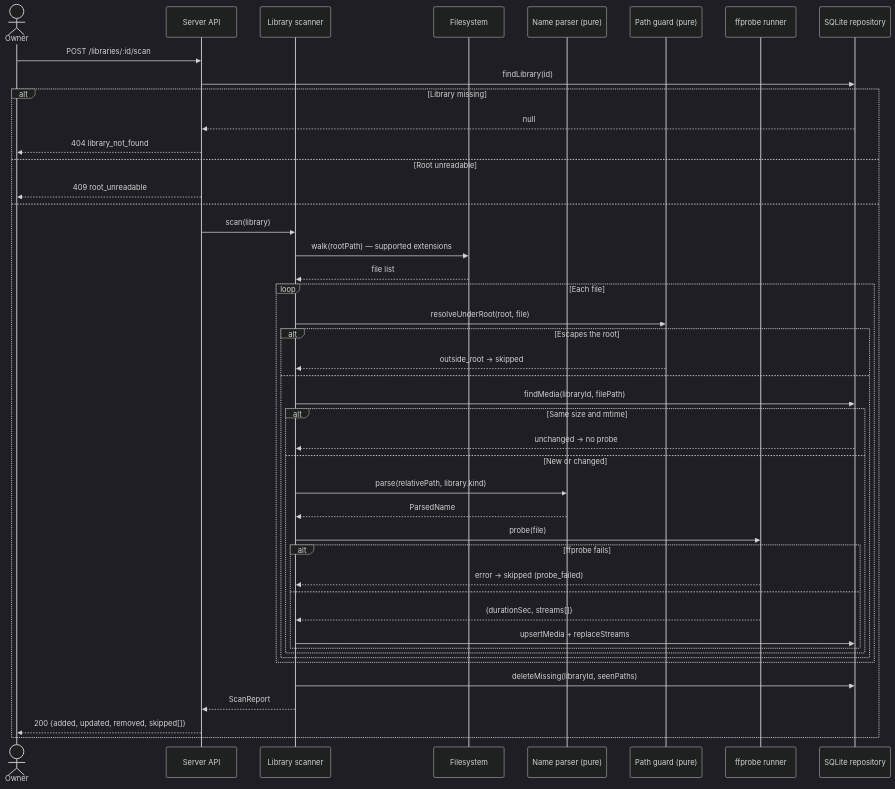
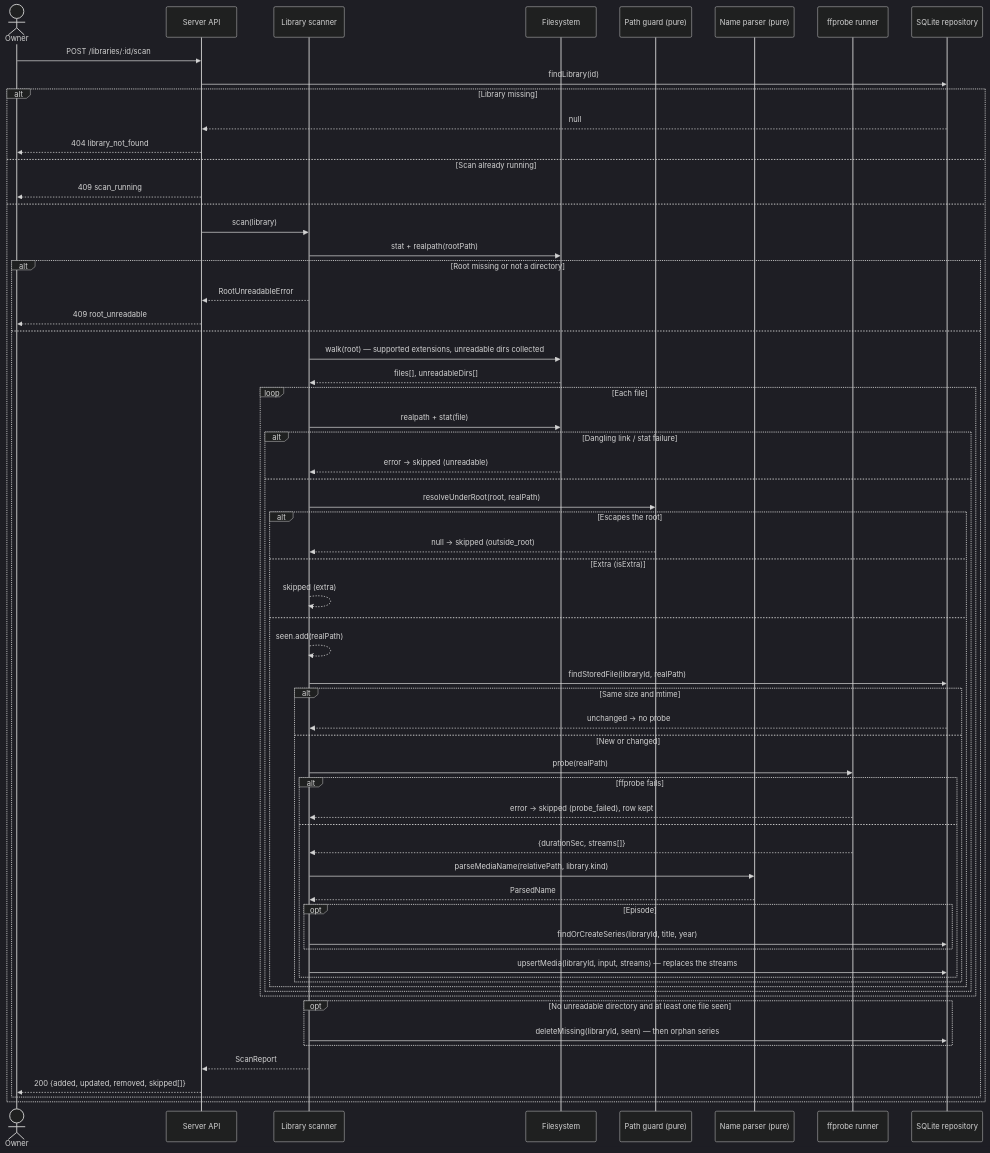
One commit to benoit-bremaud/popcorno changed the diagram in docs/architecture/diagrams/playback/02-sequence-scan-library.md. Above: the diagram before and after it, drawn with Mermaid (dark theme). The commit also changed other lines of this file and 34 other files, not shown here.

First line of the commit message:
fix(library): apply local review findings on the scan brick

````diff
--- a/docs/architecture/diagrams/playback/02-sequence-scan-library.md
+++ b/docs/architecture/diagrams/playback/02-sequence-scan-library.md
@@ -14,48 +15,67 @@
 ```mermaid
 sequenceDiagram
   actor O as Owner
   participant API as Server API
   participant SC as Library scanner
   participant FS as Filesystem
+  participant PG as Path guard (pure)
   participant NP as Name parser (pure)
-  participant PG as Path guard (pure)
   participant FP as ffprobe runner
   participant DB as SQLite repository
 
   O->>API: POST /libraries/:id/scan
   API->>DB: findLibrary(id)
   alt Library missing
     DB-->>API: null
     API-->>O: 404 library_not_found
-  else Root unreadable
-    API-->>O: 409 root_unreadable
+  else Scan already running
+    API-->>O: 409 scan_running
   else
     API->>SC: scan(library)
-    SC->>FS: walk(rootPath) — supported extensions
-    FS-->>SC: file list
-    loop Each file
-      SC->>PG: resolveUnderRoot(root, file)
-      alt Escapes the root
-        PG-->>SC: outside_root → skipped
-      else
-        SC->>DB: findMedia(libraryId, filePath)
-        alt Same size and mtime
-          DB-->>SC: unchanged → no probe
-        else New or changed
-          SC->>NP: parse(relativePath, library.kind)
-          NP-->>SC: ParsedName
-          SC->>FP: probe(file)
-          alt ffprobe fails
-            FP-->>SC: error → skipped (probe_failed)
+    SC->>FS: stat + realpath(rootPath)
+    alt Root missing or not a directory
+      SC-->>API: RootUnreadableError
+      API-->>O: 409 root_unreadable
+    else
+      SC->>FS: walk(root) — supported extensions, unreadable dirs collected
+      FS-->>SC: files[], unreadableDirs[]
+      loop Each file
+        SC->>FS: realpath + stat(file)
+        alt Dangling link / stat failure
+          FS-->>SC: error → skipped (unreadable)
+        else
+          SC->>PG: resolveUnderRoot(root, realPath)
+          alt Escapes the root
+            PG-->>SC: null → skipped (outside_root)
+          else Extra (isExtra)
+            SC-->>SC: skipped (extra)
           else
-            FP-->>SC: {durationSec, streams[]}
-            SC->>DB: upsertMedia + replaceStreams
+            SC-->>SC: seen.add(realPath)
+            SC->>DB: findStoredFile(libraryId, realPath)
+            alt Same size and mtime
+              DB-->>SC: unchanged → no probe
+            else New or changed
+              SC->>FP: probe(realPath)
+              alt ffprobe fails
+                FP-->>SC: error → skipped (probe_failed), row kept
+              else
+                FP-->>SC: {durationSec, streams[]}
+                SC->>NP: parseMediaName(relativePath, library.kind)
+                NP-->>SC: ParsedName
+                opt Episode
+                  SC->>DB: findOrCreateSeries(libraryId, title, year)
+                end
+                SC->>DB: upsertMedia(libraryId, input, streams) — replaces the streams
+              end
+            end
           end
         end
       end
+      opt No unreadable directory and at least one file seen
+        SC->>DB: deleteMissing(libraryId, seen) — then orphan series
+      end
+      SC-->>API: ScanReport
+      API-->>O: 200 {added, updated, removed, skipped[]}
     end
-    SC->>DB: deleteMissing(libraryId, seenPaths)
-    SC-->>API: ScanReport
-    API-->>O: 200 {added, updated, removed, skipped[]}
   end
 ```
````
